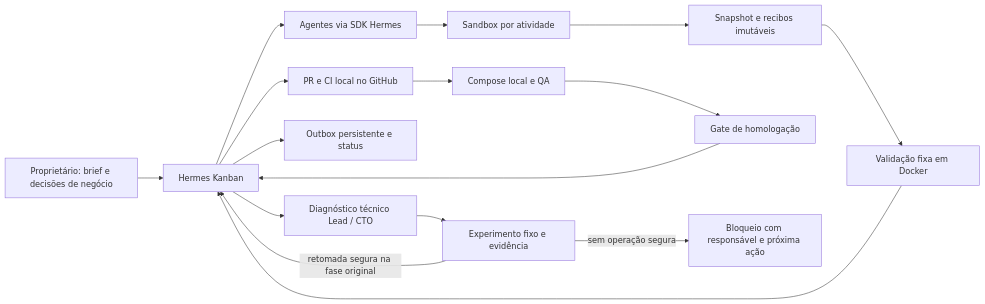
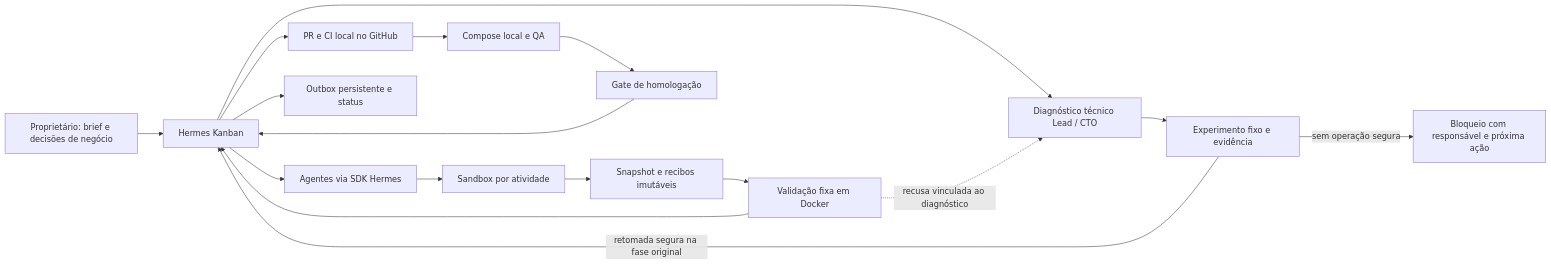
The first of 2 diagrams in README.md (codifydeep/fabriquinha), drawn with Mermaid before and after one commit. The commit also changed other lines of this file and 10 other files, not shown here.

````diff
--- a/README.md
+++ b/README.md
@@ -28,18 +28,19 @@
 ```mermaid
 flowchart LR
     CEO[Proprietário: brief e decisões de negócio] --> K[Hermes Kanban]
     K --> W[Agentes via SDK Hermes]
     W --> S[Sandbox por atividade]
     S --> E[Snapshot e recibos imutáveis]
     E --> V[Validação fixa em Docker]
     V --> K
     K --> G[PR e CI local no GitHub]
     G --> D[Compose local e QA]
     D --> H[Gate de homologação]
     H --> K
     K --> O[Outbox persistente e status]
     K --> R[Diagnóstico técnico Lead / CTO]
+    V -.->|recusa vinculada ao diagnóstico| R
     R --> X[Experimento fixo e evidência]
     X -->|retomada segura na fase original| K
     X -->|sem operação segura| B[Bloqueio com responsável e próxima ação]
 ```
````
